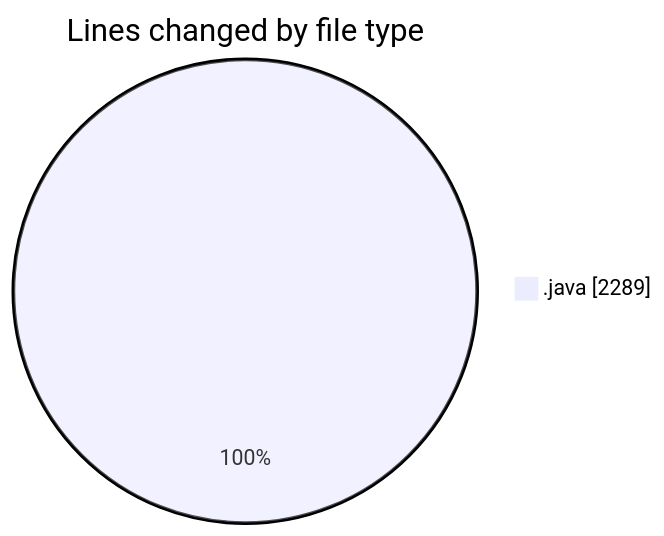
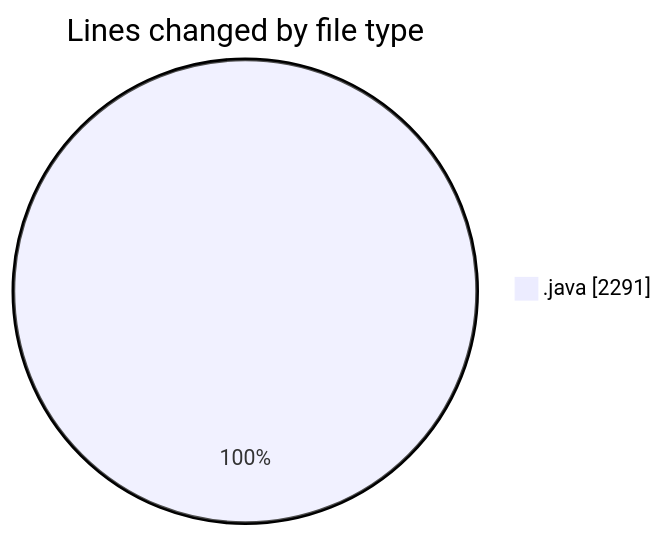
The first of 2 diagrams in 2026-06-29/cilapp/README.md (ricardozamudiocil/code-tracking), drawn with Mermaid before and after one commit. The commit also changed other lines of this file and 1 other file, not shown here.

````diff
--- a/2026-06-29/cilapp/README.md
+++ b/2026-06-29/cilapp/README.md
@@ -22,5 +22,5 @@
 ```mermaid
 pie showData
 title Lines changed by file type
-".java" : 2289
+".java" : 2291
 ```
````
